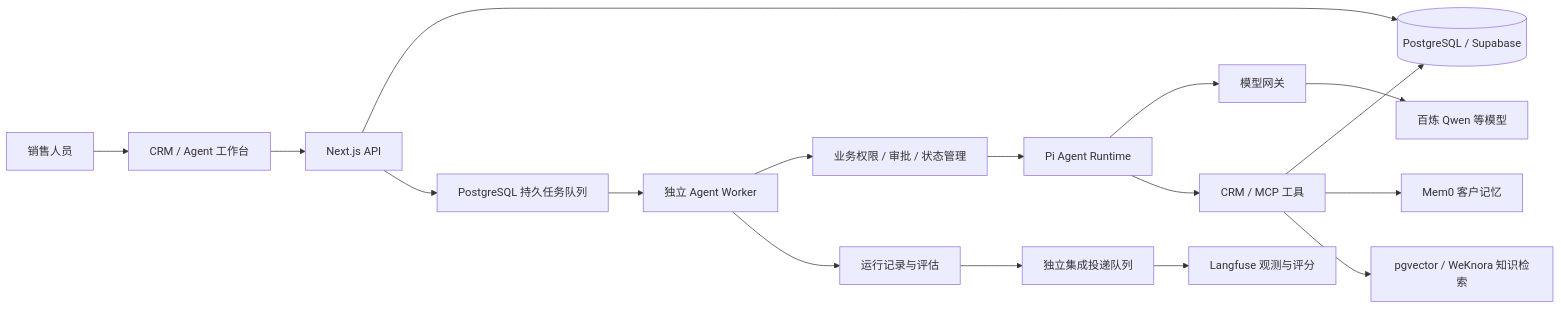
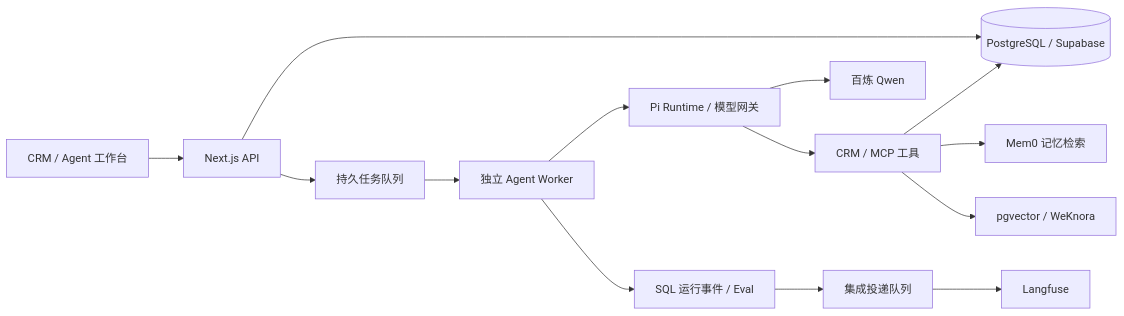
The diagram in README.md (tech-cove01/project-crm), drawn with Mermaid before and after one commit. The commit also changed other lines of this file and 2 other files, not shown here.

Commit message:
docs(CRM-019): present CRM features stack and architecture

````diff
--- a/README.md
+++ b/README.md
@@ -48,19 +61,16 @@
 ```mermaid
 flowchart LR
-    User[销售人员] --> UI[CRM / Agent 工作台]
-    UI --> API[Next.js API]
+    UI[CRM / Agent 工作台] --> API[Next.js API]
     API --> DB[(PostgreSQL / Supabase)]
-    API --> Queue[PostgreSQL 持久任务队列]
+    API --> Queue[持久任务队列]
     Queue --> Worker[独立 Agent Worker]
-    Worker --> Harness[业务权限 / 审批 / 状态管理]
-    Harness --> Pi[Pi Agent Runtime]
-    Pi --> Gateway[模型网关]
-    Gateway --> LLM[百炼 Qwen 等模型]
+    Worker --> Pi[Pi Runtime / 模型网关]
+    Pi --> LLM[百炼 Qwen]
     Pi --> Tools[CRM / MCP 工具]
     Tools --> DB
-    Tools --> Memory[Mem0 客户记忆]
-    Tools --> Knowledge[pgvector / WeKnora 知识检索]
-    Worker --> Events[运行记录与评估]
-    Events --> Outbox[独立集成投递队列]
-    Outbox --> Langfuse[Langfuse 观测与评分]
+    Tools --> Memory[Mem0 记忆检索]
+    Tools --> Knowledge[pgvector / WeKnora]
+    Worker --> Events[SQL 运行事件 / Eval]
+    Events --> Outbox[集成投递队列]
+    Outbox --> Langfuse[Langfuse]
 ```
````
